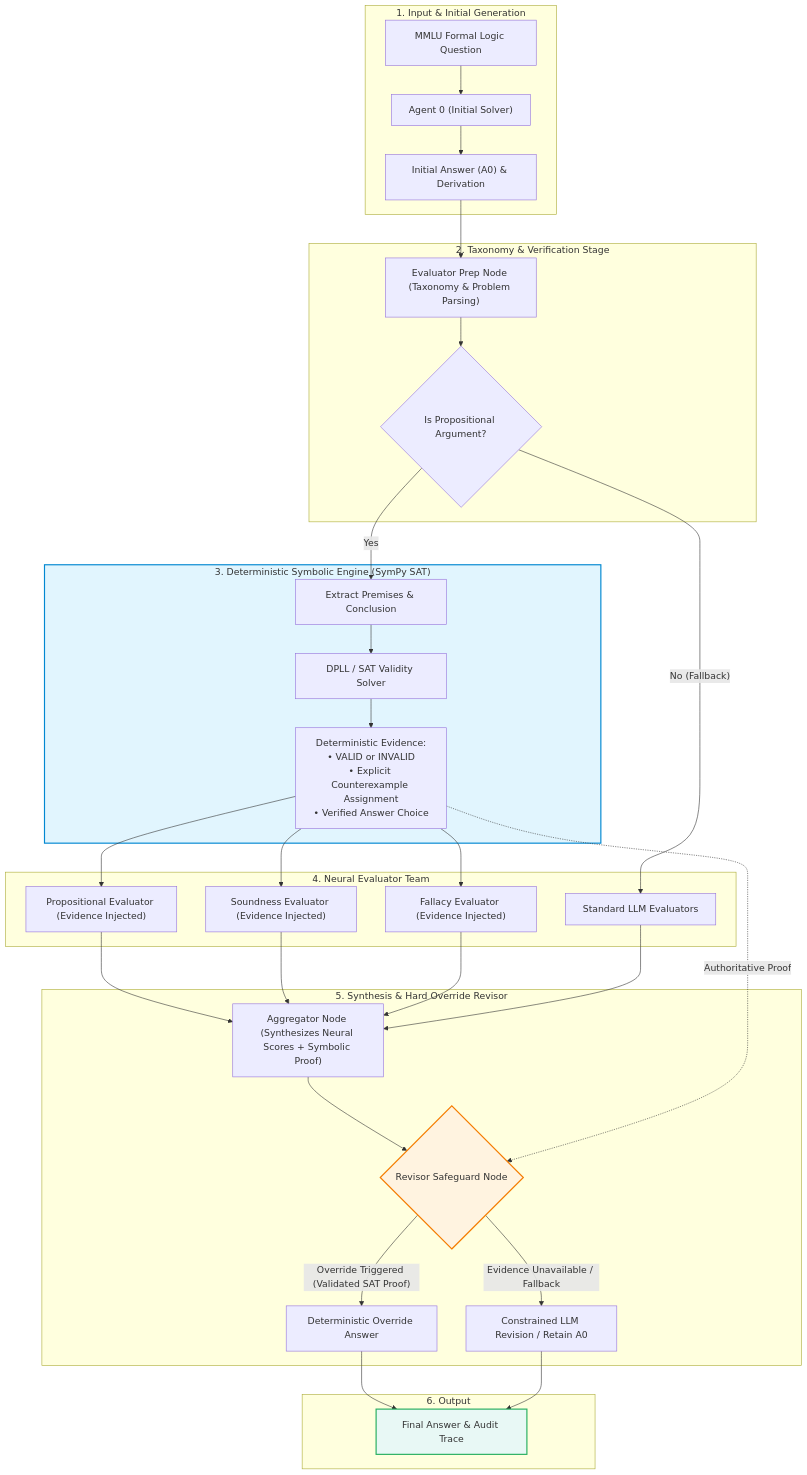
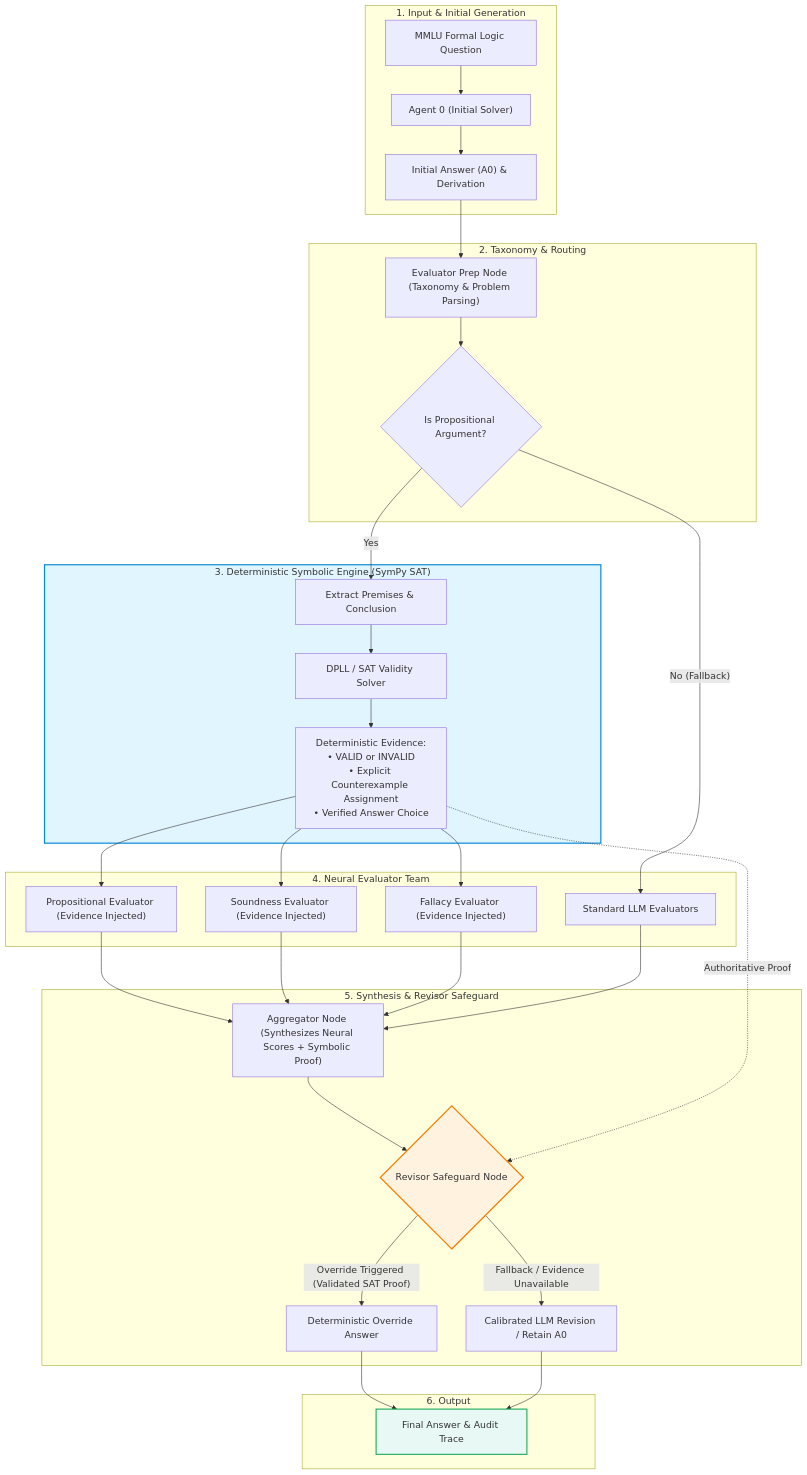
The diagram in README.md (MohithChandra07/Talkhier_BTP), drawn with Mermaid before and after one commit. The commit also changed other lines of this file, not shown here.

Commit message:
docs: refine README with verified benchmark metrics, calibrated claims, and research-grade presentation

````diff
--- a/README.md
+++ b/README.md
@@ -123,45 +143,45 @@
 ```mermaid
 flowchart TD
     subgraph Input_Stage ["1. Input & Initial Generation"]
         Q["MMLU Formal Logic Question"] --> A0_Agent["Agent 0 (Initial Solver)"]
         A0_Agent --> A0["Initial Answer (A0) & Derivation"]
     end
 
-    subgraph Dispatch_Stage ["2. Taxonomy & Verification Stage"]
+    subgraph Dispatch_Stage ["2. Taxonomy & Routing"]
         A0 --> Prep["Evaluator Prep Node (Taxonomy & Problem Parsing)"]
         Prep --> Symbolic_Branch{"Is Propositional Argument?"}
     end
 
     subgraph Symbolic_Engine ["3. Deterministic Symbolic Engine (SymPy SAT)"]
         Symbolic_Branch -- "Yes" --> Formula_Parser["Extract Premises & Conclusion"]
         Formula_Parser --> SAT_Solver["DPLL / SAT Validity Solver"]
         SAT_Solver --> Evidence["Deterministic Evidence:<br/>• VALID or INVALID<br/>• Explicit Counterexample Assignment<br/>• Verified Answer Choice"]
     end
 
     subgraph Neural_Team ["4. Neural Evaluator Team"]
         Symbolic_Branch -- "No (Fallback)" --> Eval_NLP["Standard LLM Evaluators"]
         Evidence --> Eval_Prop["Propositional Evaluator (Evidence Injected)"]
         Evidence --> Eval_Sound["Soundness Evaluator (Evidence Injected)"]
         Evidence --> Eval_Fallacy["Fallacy Evaluator (Evidence Injected)"]
     end
 
-    subgraph Aggregation_Stage ["5. Synthesis & Hard Override Revisor"]
+    subgraph Aggregation_Stage ["5. Synthesis & Revisor Safeguard"]
         Eval_Prop --> Aggregator["Aggregator Node (Synthesizes Neural Scores + Symbolic Proof)"]
         Eval_Sound --> Aggregator
         Eval_Fallacy --> Aggregator
         Eval_NLP --> Aggregator
         Aggregator --> Revisor{"Revisor Safeguard Node"}
         Evidence -. "Authoritative Proof" .-> Revisor
         Revisor -- "Override Triggered (Validated SAT Proof)" --> Final_Override["Deterministic Override Answer"]
-        Revisor -- "Evidence Unavailable / Fallback" --> Final_Revision["Constrained LLM Revision / Retain A0"]
+        Revisor -- "Fallback / Evidence Unavailable" --> Final_Revision["Calibrated LLM Revision / Retain A0"]
     end
 
     subgraph Output_Stage ["6. Output"]
         Final_Override --> Out["Final Answer & Audit Trace"]
         Final_Revision --> Out
     end
 
     style Symbolic_Engine fill:#e1f5fe,stroke:#0288d1,stroke-width:2px
     style Revisor fill:#fff3e0,stroke:#f57c00,stroke-width:2px
     style Out fill:#e8f8f5,stroke:#27ae60,stroke-width:2px
 ```
````
